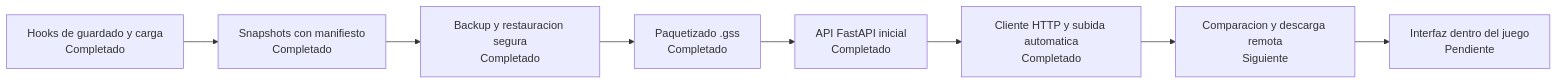
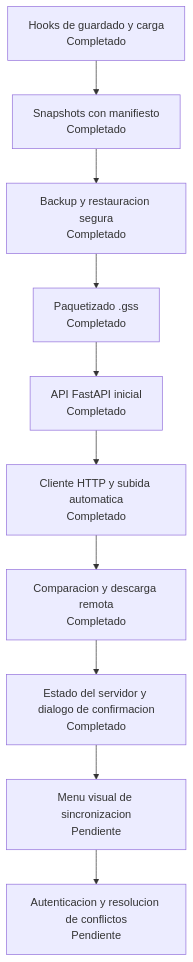
The second of 2 diagrams in README.md (Andressance/gothic_game_sync), drawn with Mermaid before and after one commit. The commit also changed other lines of this file and 6 other files, not shown here.

````diff
--- a/README.md
+++ b/README.md
@@ -147,10 +152,15 @@
 ```mermaid
-flowchart LR
-    A[Hooks de guardado y carga<br/>Completado] --> B[Snapshots con manifiesto<br/>Completado]
-    B --> C[Backup y restauracion segura<br/>Completado]
-    C --> D[Paquetizado .gss<br/>Completado]
-    D --> E[API FastAPI inicial<br/>Completado]
-    E --> F[Cliente HTTP y subida automatica<br/>Completado]
-    F --> G[Comparacion y descarga remota<br/>Siguiente]
-    G --> H[Interfaz dentro del juego<br/>Pendiente]
+flowchart TD
+    A[Hooks de guardado y carga<br/>Completado]
+    B[Snapshots con manifiesto<br/>Completado]
+    C[Backup y restauracion segura<br/>Completado]
+    D[Paquetizado .gss<br/>Completado]
+    E[API FastAPI inicial<br/>Completado]
+    F[Cliente HTTP y subida automatica<br/>Completado]
+    G[Comparacion y descarga remota<br/>Completado]
+    H[Estado del servidor y dialogo de confirmacion<br/>Completado]
+    I[Menu visual de sincronizacion<br/>Pendiente]
+    J[Autenticacion y resolucion de conflictos<br/>Pendiente]
+
+    A --> B --> C --> D --> E --> F --> G --> H --> I --> J
 ```
````
